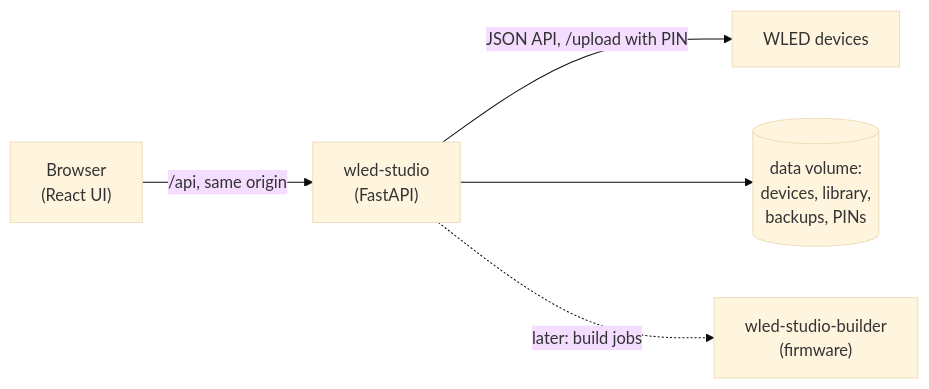
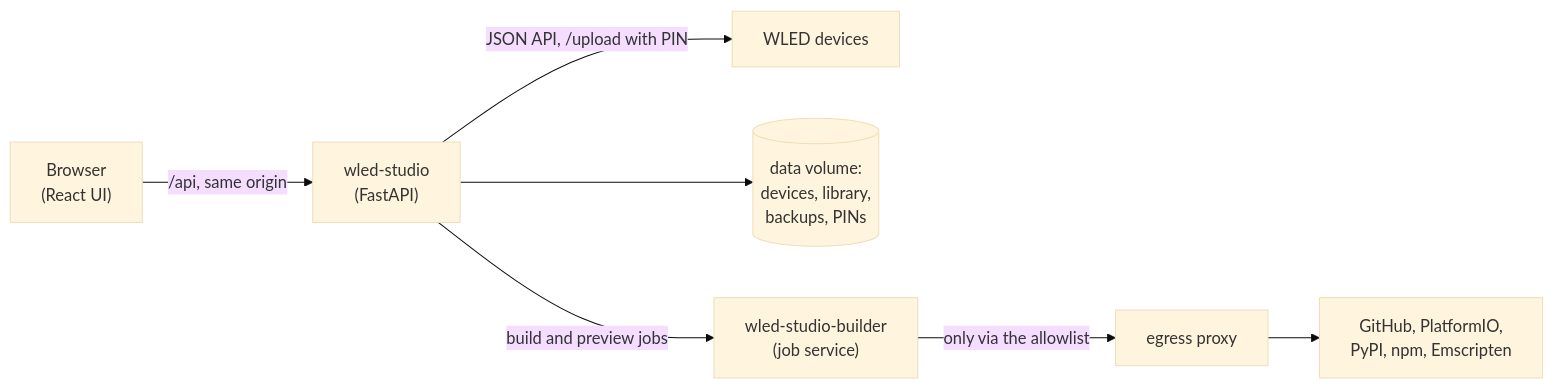
The diagram in docs/architecture.md (Laffs2k5/wled-studio), drawn with Mermaid (base theme) before and after one commit. The commit also changed 5 other files, not shown here.

First line of the commit message:
feat: egress allowlist for the firmware builder, with an end-to-end test

````diff
--- a/docs/architecture.md
+++ b/docs/architecture.md
@@ -3,7 +3,9 @@
 ```mermaid
 flowchart LR
   B["Browser<br/>(React UI)"] -->|"/api, same origin"| S["wled-studio<br/>(FastAPI)"]
   S -->|"JSON API, /upload with PIN"| W["WLED devices"]
   S --> D[("data volume:<br/>devices, library,<br/>backups, PINs")]
-  S -.->|"later: build jobs"| BLD["wled-studio-builder<br/>(firmware)"]
+  S -->|"build and preview jobs"| BLD["wled-studio-builder<br/>(job service)"]
+  BLD -->|"only via the allowlist"| P["egress proxy"]
+  P --> I["GitHub, PlatformIO,<br/>PyPI, npm, Emscripten"]
 ```
````
